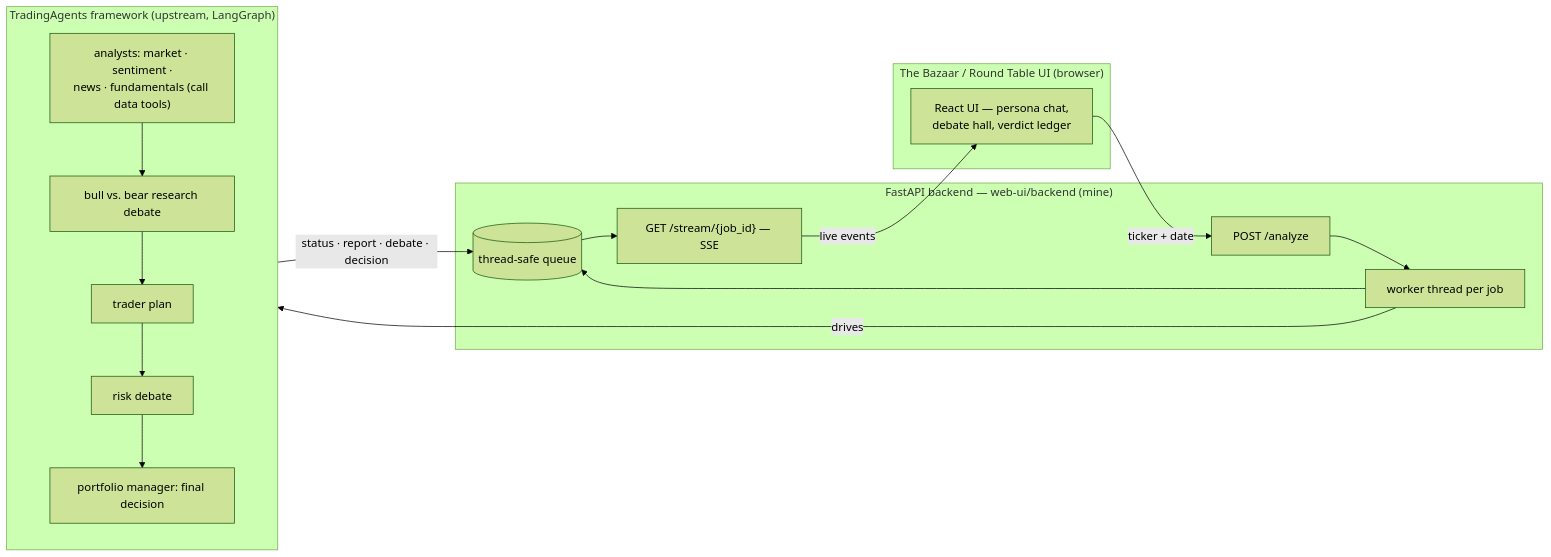
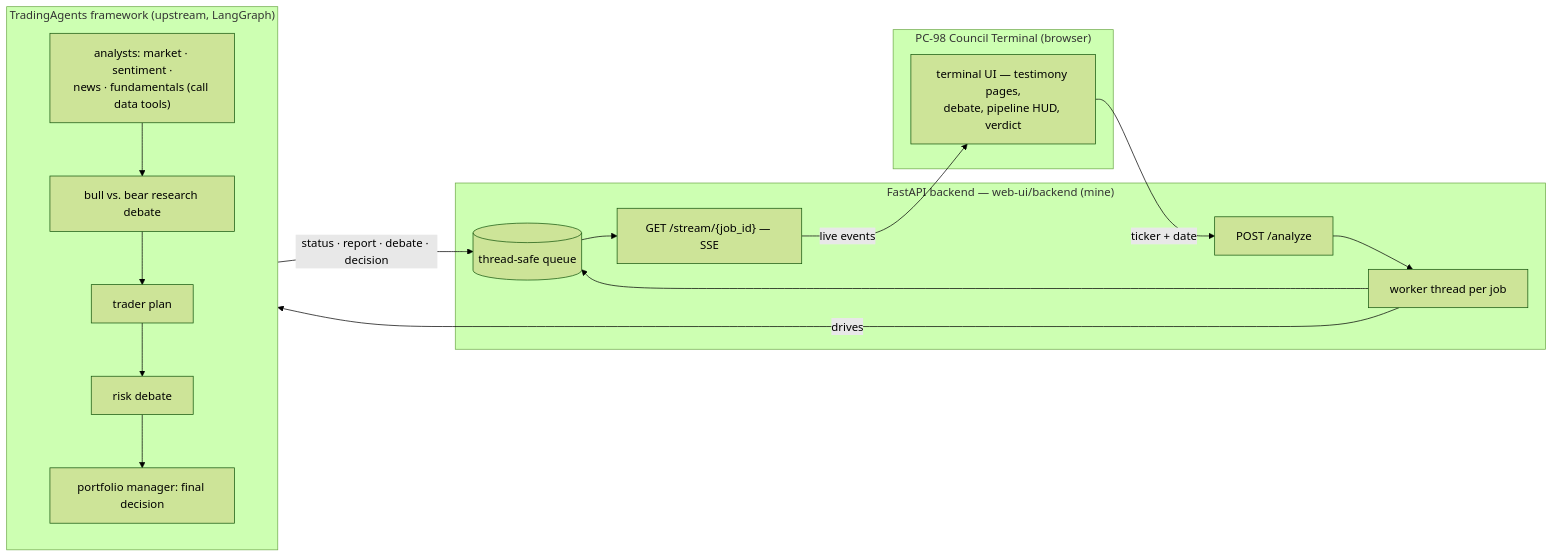
One commit to zachthebird/the-bazaar changed the diagram in README.md. Above: the diagram before and after it, drawn with Mermaid (forest theme). The commit also changed other lines of this file, not shown here.

First line of the commit message:
docs: reframe README around the PC-98 Council Terminal (was The Bazaar)

````diff
--- a/README.md
+++ b/README.md
@@ -26,19 +26,19 @@
 ```mermaid
 flowchart LR
-    subgraph Browser["The Bazaar / Round Table UI (browser)"]
-        UI["React UI — persona chat,<br/>debate hall, verdict ledger"]
+    subgraph Browser["PC-98 Council Terminal (browser)"]
+        UI["terminal UI — testimony pages,<br/>debate, pipeline HUD, verdict"]
     end
     subgraph Backend["FastAPI backend — web-ui/backend (mine)"]
         EP["POST /analyze"] --> TH["worker thread per job"]
         TH --> Q[("thread-safe queue")]
         Q --> SSE["GET /stream/{job_id} — SSE"]
     end
     subgraph Framework["TradingAgents framework (upstream, LangGraph)"]
         A["analysts: market · sentiment ·<br/>news · fundamentals (call data tools)"] --> R["bull vs. bear research debate"]
         R --> T["trader plan"] --> RK["risk debate"] --> J["portfolio manager: final decision"]
     end
     UI -- "ticker + date" --> EP
     TH -- drives --> Framework
     Framework -- "status · report · debate · decision" --> Q
     SSE -- live events --> UI
 ```
````
